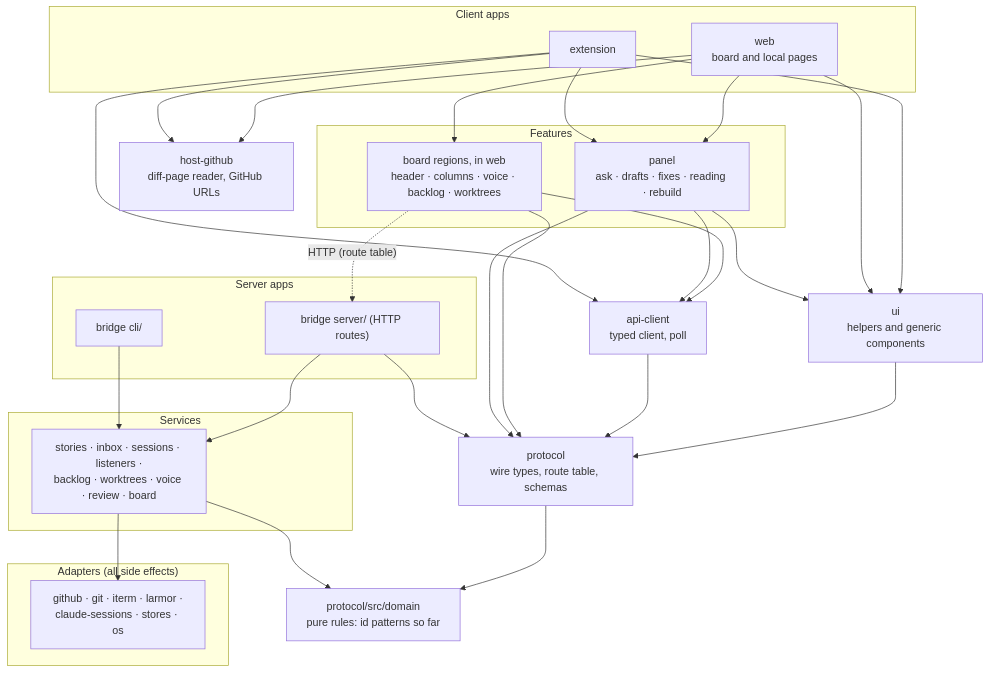
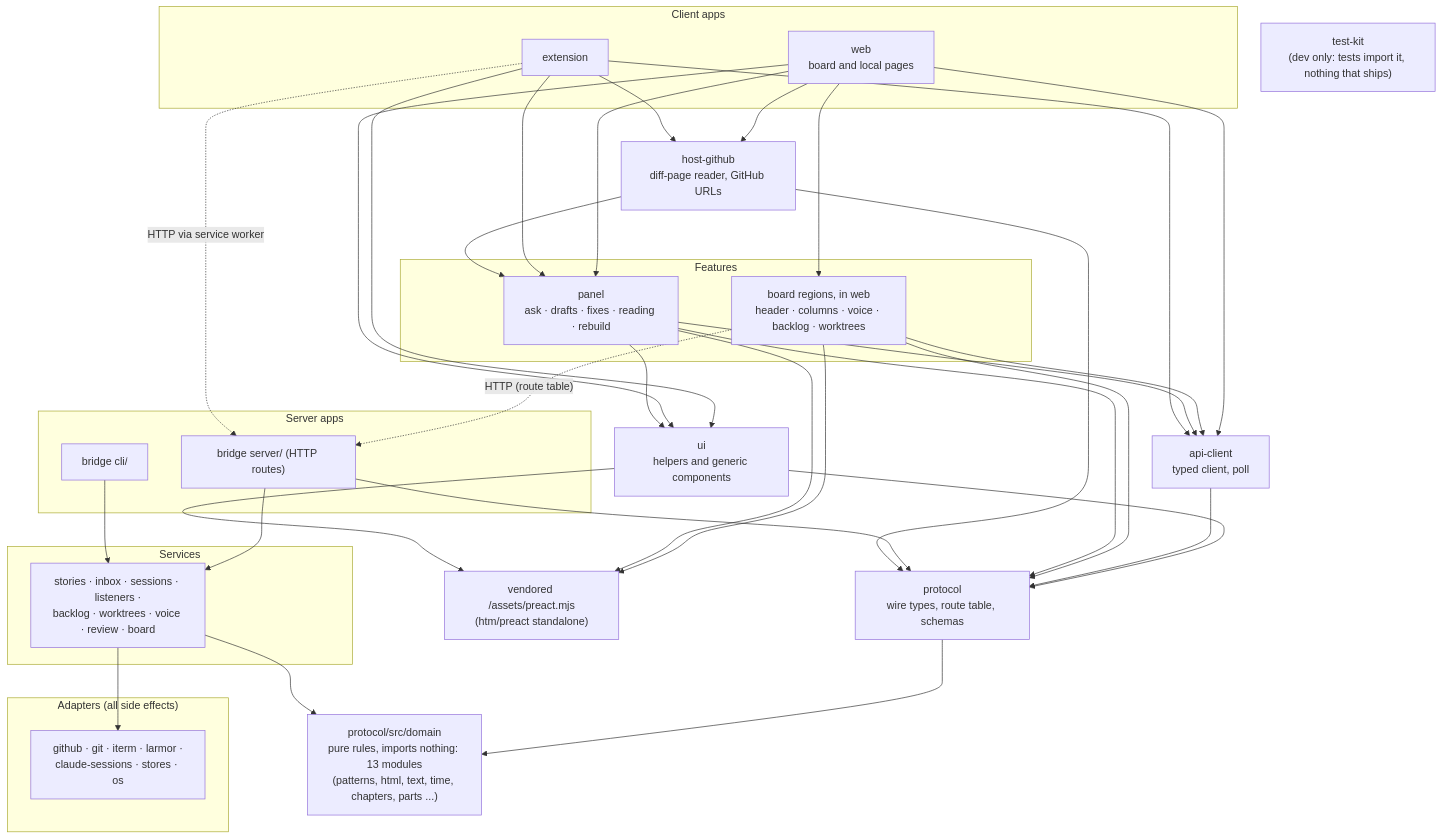
One commit to shank-eric/once-upon-a-diff changed the diagram in docs/adr/adr-15-layered-packages-and-protocol.md. Above: the diagram before and after it, drawn with Mermaid. The commit also changed other lines of this file and 9 other files, not shown here.

Commit message:
Docs: flows.md follows five requests hop by hop with file:line and layer, and the state map and ADRs catch up with main

````diff
--- a/docs/adr/adr-15-layered-packages-and-protocol.md
+++ b/docs/adr/adr-15-layered-packages-and-protocol.md
@@ -24,50 +24,59 @@
 ```mermaid
 flowchart TB
   subgraph clientApps["Client apps"]
     web["web<br/>board and local pages"]
     ext["extension"]
   end
   subgraph features["Features"]
     boardview["board regions, in web<br/>header · columns · voice · backlog · worktrees"]
     panel["panel<br/>ask · drafts · fixes · reading · rebuild"]
   end
   host["host-github<br/>diff-page reader, GitHub URLs"]
   ui["ui<br/>helpers and generic components"]
   api["api-client<br/>typed client, poll"]
   protocol["protocol<br/>wire types, route table, schemas"]
-  domain["protocol/src/domain<br/>pure rules: id patterns so far"]
+  domain["protocol/src/domain<br/>pure rules, imports nothing: 13 modules<br/>(patterns, html, text, time, chapters, parts ...)"]
+  vendor["vendored /assets/preact.mjs<br/>(htm/preact standalone)"]
+  testkit["test-kit<br/>(dev only: tests import it, nothing that ships)"]
   subgraph serverApps["Server apps"]
     http["bridge server/ (HTTP routes)"]
     cli["bridge cli/"]
   end
   subgraph services["Services"]
     svc["stories · inbox · sessions · listeners ·<br/>backlog · worktrees · voice · review · board"]
   end
   subgraph adapters["Adapters (all side effects)"]
     ad["github · git · iterm · larmor ·<br/>claude-sessions · stores · os"]
   end
 
   web --> boardview
+  web --> api
   web --> panel
   web --> host
   ext --> panel
   ext --> host
   boardview --> api
   panel --> api
   ext --> api
   ext --> ui
   web --> ui
   panel --> ui
   ui --> protocol
   api --> protocol
   boardview --> protocol
   panel --> protocol
   protocol --> domain
   http --> protocol
   http --> svc
   cli --> svc
   svc --> domain
   svc --> ad
+  boardview --> vendor
+  panel --> vendor
+  ui --> vendor
+  host --> panel
+  host --> protocol
   boardview -. "HTTP (route table)" .-> http
+  ext -. "HTTP via service worker" .-> http
 
 ```
````
